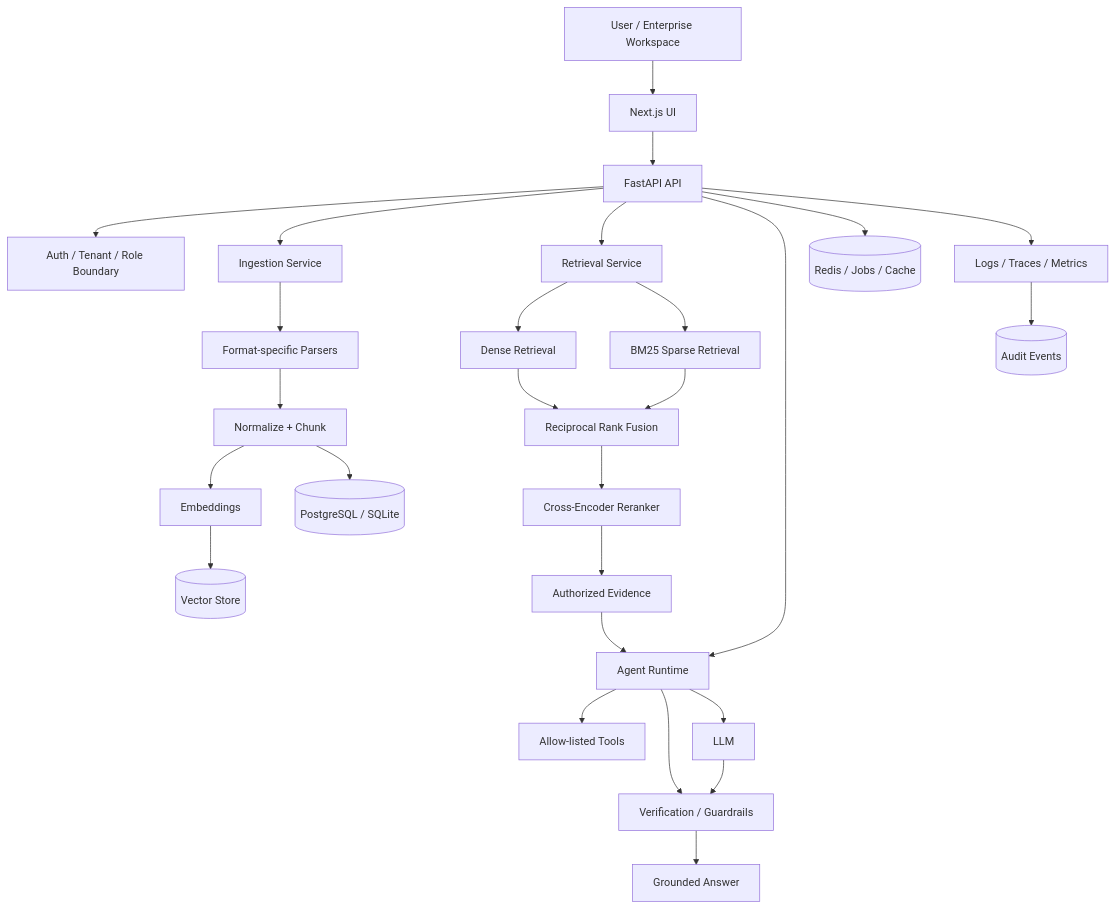
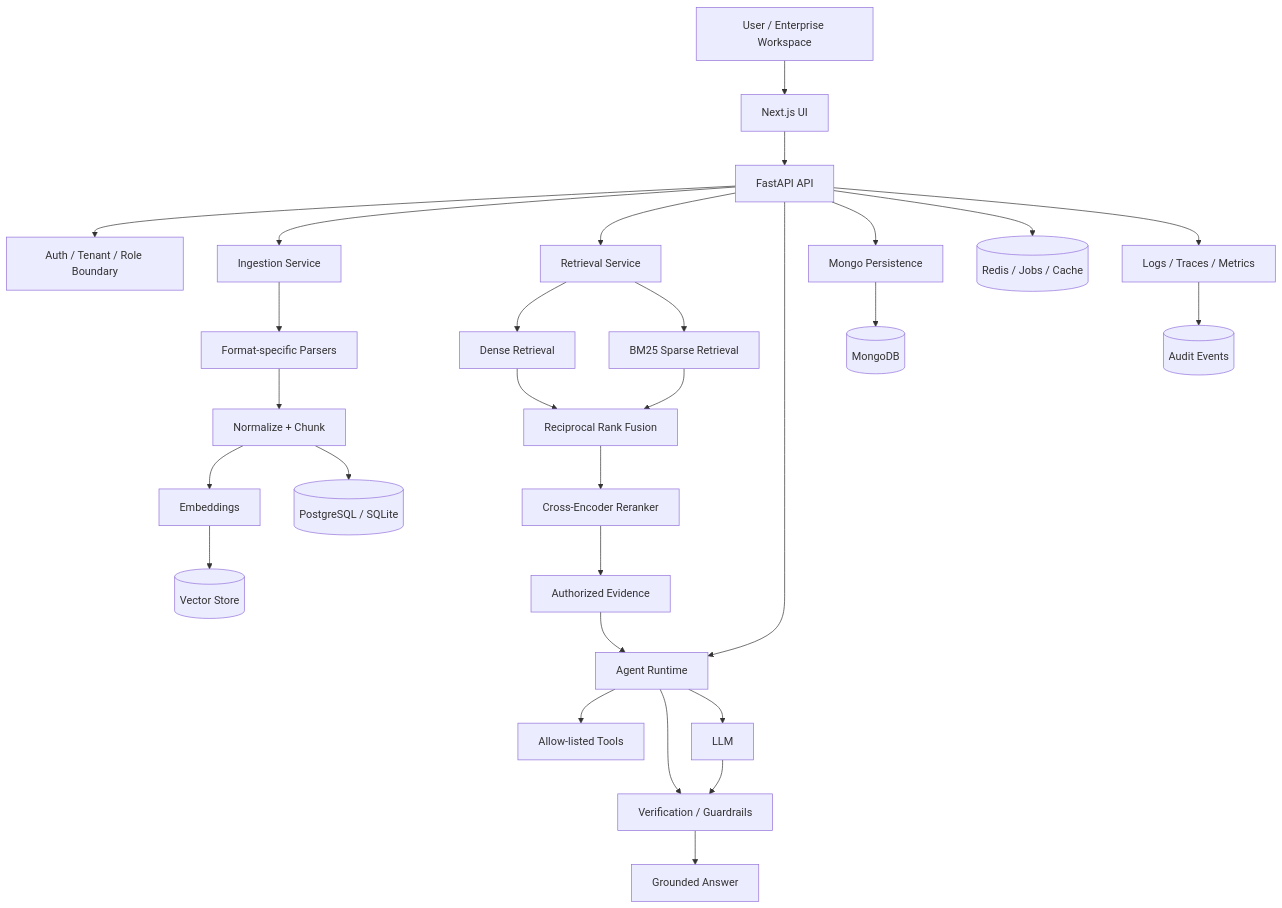
One commit to affanSkhan/Enterprise-Document-Intelligence-Agent changed the first of 16 diagrams in README.md. Above: the diagram before and after it, drawn with Mermaid. The commit also changed other lines of this file, not shown here.

Commit message:
docs: align README MongoDB architecture with implementation

````diff
--- a/README.md
+++ b/README.md
@@ -69,34 +69,36 @@
 ```mermaid
 flowchart TB
     U[User / Enterprise Workspace] --> UI[Next.js UI]
     UI --> API[FastAPI API]
 
     API --> AUTH[Auth / Tenant / Role Boundary]
     API --> ING[Ingestion Service]
     API --> RET[Retrieval Service]
     API --> AG[Agent Runtime]
+    API --> MP[Mongo Persistence]
 
     ING --> PARSE[Format-specific Parsers]
     PARSE --> CHUNK[Normalize + Chunk]
     CHUNK --> EMB[Embeddings]
     EMB --> VS[(Vector Store)]
     CHUNK --> META[(PostgreSQL / SQLite)]
 
     RET --> DENSE[Dense Retrieval]
     RET --> SPARSE[BM25 Sparse Retrieval]
     DENSE --> FUSE[Reciprocal Rank Fusion]
     SPARSE --> FUSE
     FUSE --> RERANK[Cross-Encoder Reranker]
     RERANK --> EVID[Authorized Evidence]
 
     AG --> TOOLS[Allow-listed Tools]
     AG --> VERIFY[Verification / Guardrails]
     EVID --> AG
     AG --> LLM[LLM]
     LLM --> VERIFY
     VERIFY --> OUT[Grounded Answer]
 
     API --> REDIS[(Redis / Jobs / Cache)]
     API --> OBS[Logs / Traces / Metrics]
     OBS --> AUDIT[(Audit Events)]
+    MP --> MONGO[(MongoDB)]
 ```
````
